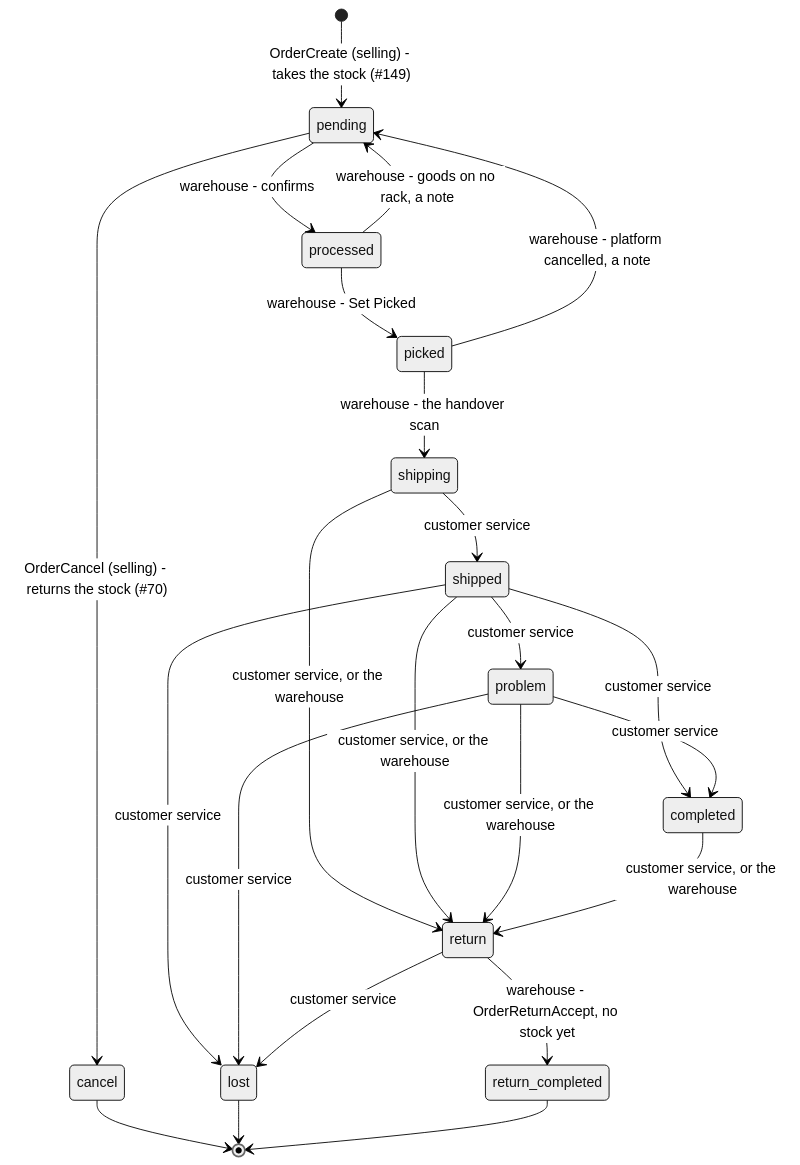
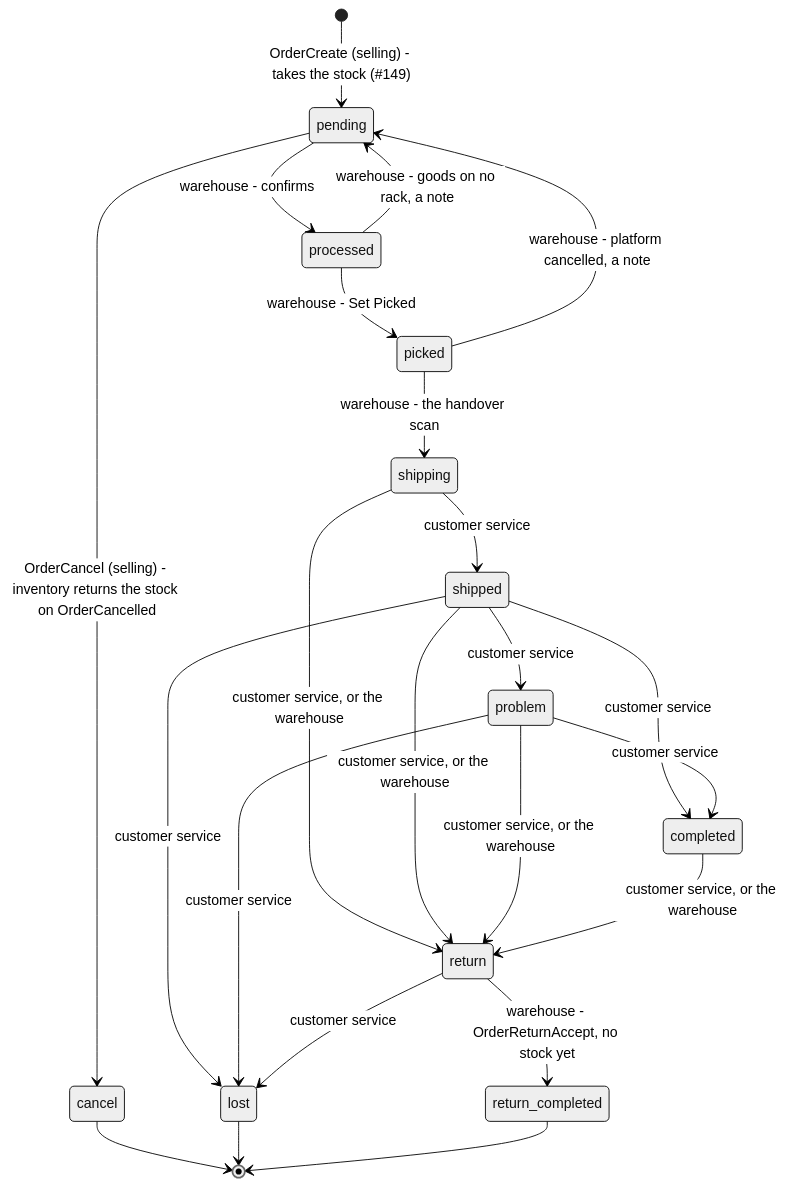
One commit to pdcgo/warehouse_revamp changed the first of 25 diagrams in docs/services/selling_service/rpc.md. Above: the diagram before and after it, drawn with Mermaid (neutral theme). The commit also changed other lines of this file and 124 other files, not shown here.

````diff
--- a/docs/services/selling_service/rpc.md
+++ b/docs/services/selling_service/rpc.md
@@ -13,25 +13,25 @@
 ```mermaid
 stateDiagram-v2
     [*] --> pending: OrderCreate (selling) - takes the stock (#149)
     pending --> processed: warehouse - confirms
     processed --> pending: warehouse - goods on no rack, a note
     processed --> picked: warehouse - Set Picked
     picked --> pending: warehouse - platform cancelled, a note
     picked --> shipping: warehouse - the handover scan
     shipping --> shipped: customer service
     shipping --> return: customer service, or the warehouse
     shipped --> completed: customer service
     shipped --> problem: customer service
     shipped --> lost: customer service
     shipped --> return: customer service, or the warehouse
     problem --> completed: customer service
     problem --> lost: customer service
     problem --> return: customer service, or the warehouse
     completed --> return: customer service, or the warehouse
     return --> return_completed: warehouse - OrderReturnAccept, no stock yet
     return --> lost: customer service
-    pending --> cancel: OrderCancel (selling) - returns the stock (#70)
+    pending --> cancel: OrderCancel (selling) - inventory returns the stock on OrderCancelled
     cancel --> [*]
     lost --> [*]
     return_completed --> [*]
 ```
````
